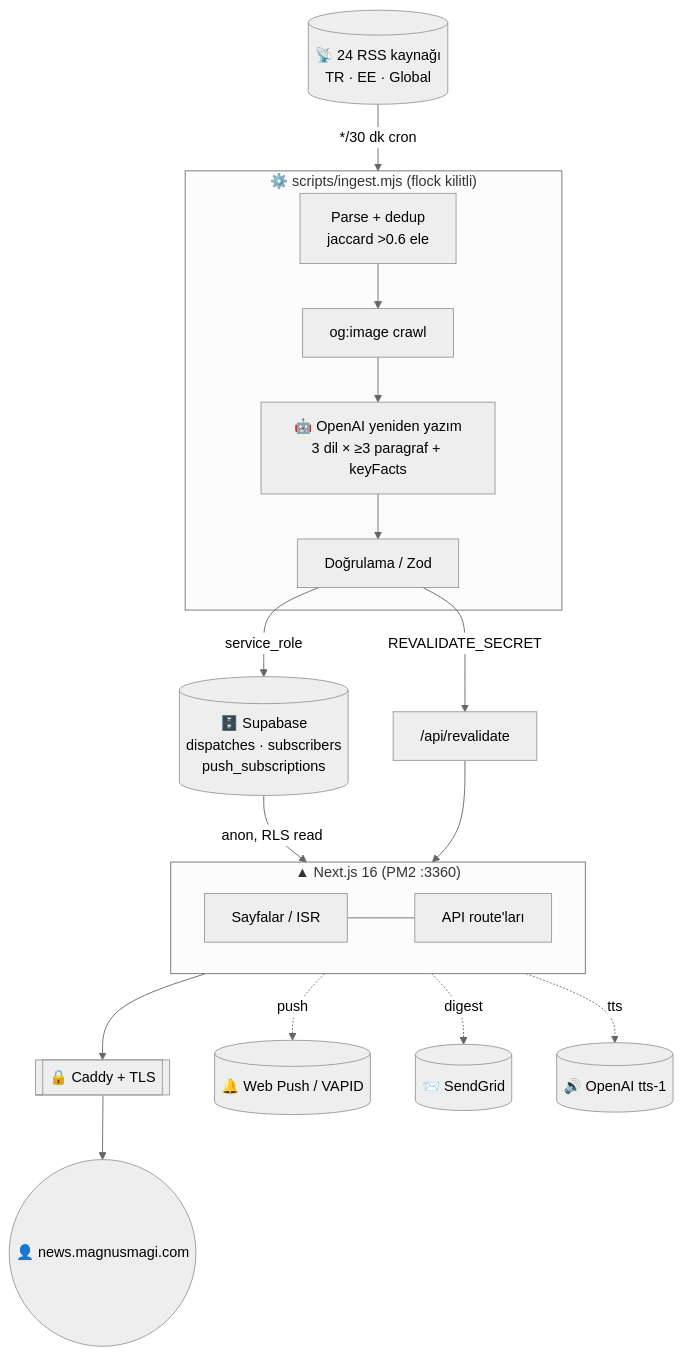
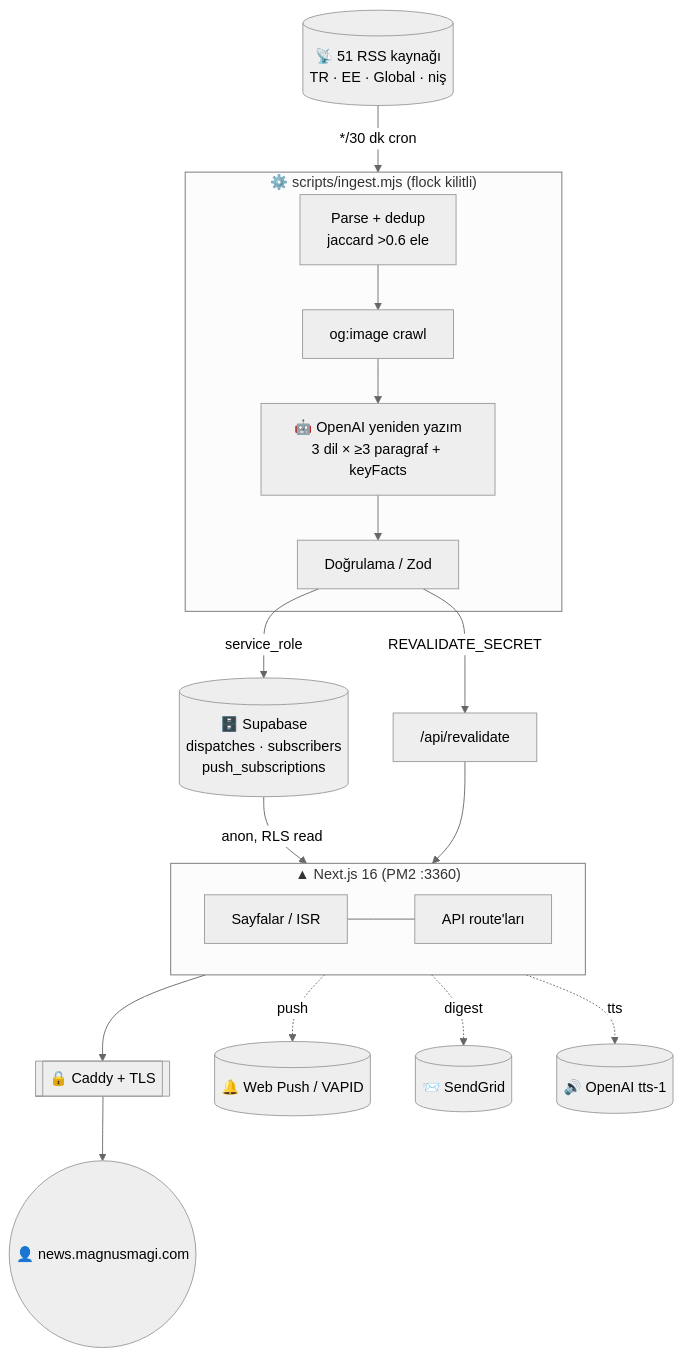
The second of 3 diagrams in README.md (MagnusMagi/Magnus-wire), drawn with Mermaid (neutral theme) before and after one commit. The commit also changed other lines of this file and 1 other file, not shown here.

Commit message:
feat(ingest): 22→51 RSS sources with dedicated per-category feeds (uzay/yazilim/bilim/girisim/kripto/siber); section-forced niche feeds; gundem+finans per-run caps; raise INGEST_MAX 15→24, KEEP 120→200

````diff
--- a/README.md
+++ b/README.md
@@ -180,25 +180,25 @@
 ```mermaid
 flowchart TD
-    RSS[("📡 24 RSS kaynağı<br/>TR · EE · Global")] -->|*/30 dk cron| ING
+    RSS[("📡 51 RSS kaynağı<br/>TR · EE · Global · niş")] -->|*/30 dk cron| ING
 
     subgraph ING["⚙️ scripts/ingest.mjs (flock kilitli)"]
       P1[Parse + dedup<br/>jaccard >0.6 ele] --> P2[og:image crawl] --> P3["🤖 OpenAI yeniden yazım<br/>3 dil × ≥3 paragraf + keyFacts"] --> P4[Doğrulama / Zod]
     end
 
     P4 -->|service_role| DB[("🗄️ Supabase<br/>dispatches · subscribers<br/>push_subscriptions")]
     P4 -->|REVALIDATE_SECRET| RV["/api/revalidate"]
 
     DB -->|anon, RLS read| WEB
     RV --> WEB
 
     subgraph WEB["▲ Next.js 16 (PM2 :3360)"]
       direction LR
       PG[Sayfalar / ISR] --- API[API route'ları]
     end
 
     WEB --> CADDY[["🔒 Caddy + TLS"]] --> U(("👤 news.magnusmagi.com"))
 
     API -.push.-> WP[("🔔 Web Push / VAPID")]
     API -.digest.-> SG[("📨 SendGrid")]
     API -.tts.-> OAI[("🔊 OpenAI tts-1")]
 ```
````
